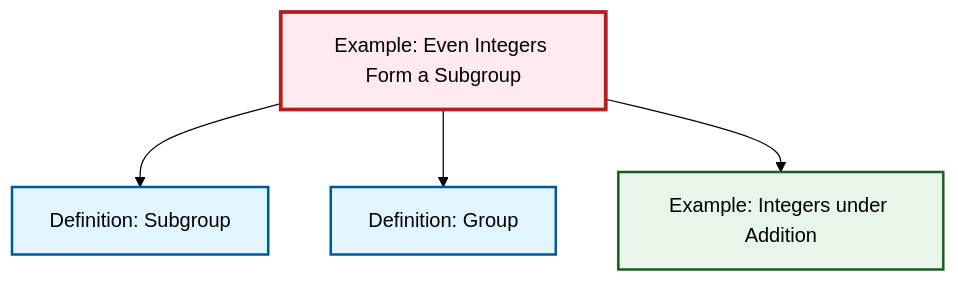
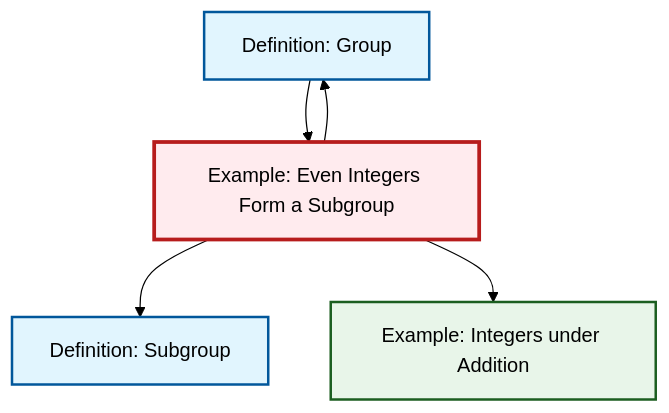
Before and after one commit to RK0429/ModernMath: the diagram in content/en/algebra/ex-even-integers-subgroup.qmd, drawn with Mermaid (forest theme). The commit also changed other lines of this file and 511 other files, not shown here.

````diff
--- a/content/en/algebra/ex-even-integers-subgroup.qmd
+++ b/content/en/algebra/ex-even-integers-subgroup.qmd
@@ -44,21 +49,18 @@
 ```{mermaid}
 %%| fig-cap: "Local dependency graph"
 graph TD
     classDef definition fill:#e1f5fe,stroke:#01579b,stroke-width:2px
     classDef theorem fill:#f3e5f5,stroke:#4a148c,stroke-width:2px
     classDef axiom fill:#fff3e0,stroke:#e65100,stroke-width:2px
     classDef example fill:#e8f5e9,stroke:#1b5e20,stroke-width:2px
     classDef current fill:#ffebee,stroke:#b71c1c,stroke-width:3px
     def-group["Definition: Group"]:::definition
+    def-subgroup["Definition: Subgroup"]:::definition
     ex-even-integers-subgroup["Example: Even Integers Form a Subgroup"]:::example
-    def-subgroup["Definition: Subgroup"]:::definition
     ex-integers-addition["Example: Integers under Addition"]:::example
+    ex-even-integers-subgroup --> def-group
     ex-even-integers-subgroup --> def-subgroup
-    ex-even-integers-subgroup --> def-group
+    def-group --> ex-even-integers-subgroup
     ex-even-integers-subgroup --> ex-integers-addition
     class ex-even-integers-subgroup current
-
-    click def-group "def-group.html" "Go to Group definition"
-    click def-subgroup "def-subgroup.html" "Go to Subgroup definition"
-    click ex-integers-addition "ex-integers-addition.html" "Go to Integers under Addition example"
 ```
````
